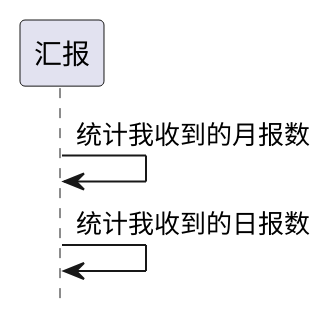
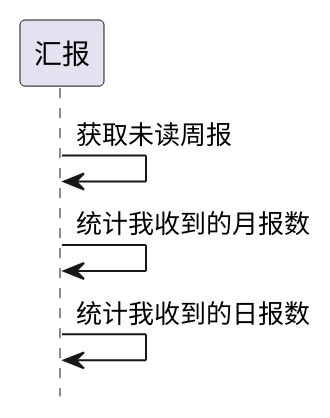
Before and after one commit to zj335841911/nt_chandao: the second of 2 diagrams in ibizpms-docs/src/main/doc/v1/module/report/IbzReport_old.md, drawn with PlantUML. The commit also changed other lines of this file and 6 other files, not shown here.

```diff
--- a/ibizpms-docs/src/main/doc/v1/module/report/IbzReport_old.md
+++ b/ibizpms-docs/src/main/doc/v1/module/report/IbzReport_old.md
@@ -112,6 +112,7 @@
 {% plantuml %}
 hide footbox
 
+汇报 -> 汇报: 获取未读周报
 汇报 -> 汇报: 统计我收到的月报数
 汇报 -> 汇报: 统计我收到的日报数
 {% endplantuml %}
```
